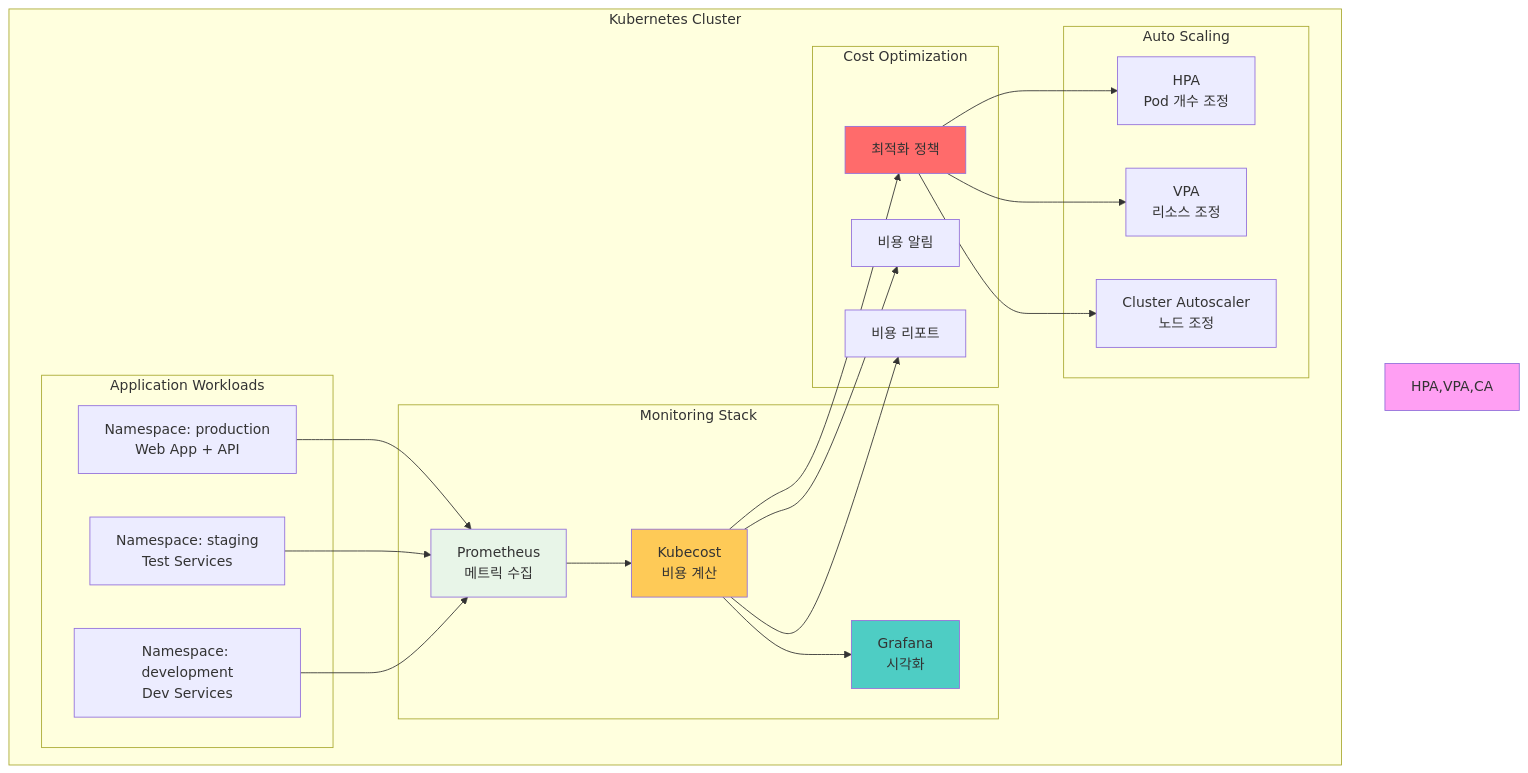
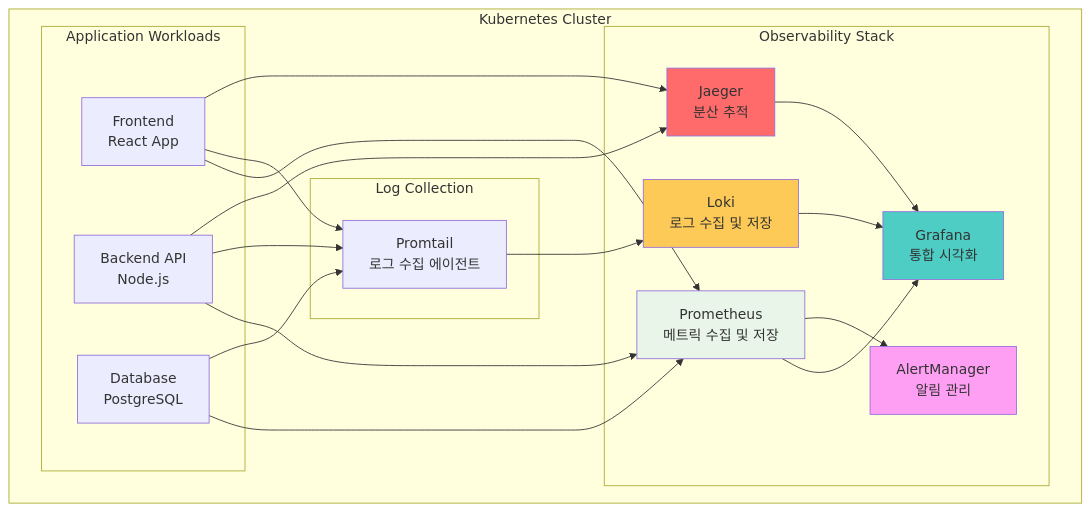
The first of 3 diagrams in theory/week_04/day5/lab_1.md (niceguy61/kdt_devops_lecture_2025), drawn with Mermaid before and after one commit. The commit also changed other lines of this file and 12 other files, not shown here.

````diff
--- a/theory/week_04/day5/lab_1.md
+++ b/theory/week_04/day5/lab_1.md
@@ -36,49 +36,46 @@
 ```mermaid
 graph TB
     subgraph "Kubernetes Cluster"
-        subgraph "Monitoring Stack"
-            P[Prometheus<br/>메트릭 수집]
-            K[Kubecost<br/>비용 계산]
-            G[Grafana<br/>시각화]
+        subgraph "Observability Stack"
+            P[Prometheus<br/>메트릭 수집 및 저장]
+            G[Grafana<br/>통합 시각화]
+            A[AlertManager<br/>알림 관리]
+            L[Loki<br/>로그 수집 및 저장]
+            J[Jaeger<br/>분산 추적]
         end
         
         subgraph "Application Workloads"
-            NS1[Namespace: production<br/>Web App + API]
-            NS2[Namespace: staging<br/>Test Services]
-            NS3[Namespace: development<br/>Dev Services]
+            APP1[Frontend<br/>React App]
+            APP2[Backend API<br/>Node.js]
+            APP3[Database<br/>PostgreSQL]
         end
         
-        subgraph "Auto Scaling"
-            HPA[HPA<br/>Pod 개수 조정]
-            VPA[VPA<br/>리소스 조정]
-            CA[Cluster Autoscaler<br/>노드 조정]
-        end
-        
-        subgraph "Cost Optimization"
-            OPT[최적화 정책]
-            ALERT[비용 알림]
-            REPORT[비용 리포트]
+        subgraph "Log Collection"
+            PL[Promtail<br/>로그 수집 에이전트]
         end
     end
     
-    NS1 --> P
-    NS2 --> P
-    NS3 --> P
+    APP1 --> P
+    APP2 --> P
+    APP3 --> P
     
-    P --> K
-    K --> G
+    APP1 --> PL
+    APP2 --> PL
+    APP3 --> PL
     
-    K --> OPT
-    OPT --> HPA
-    OPT --> VPA
-    OPT --> CA
+    PL --> L
     
-    K --> ALERT
-    K --> REPORT
+    APP1 --> J
+    APP2 --> J
+    
+    P --> G
+    L --> G
+    J --> G
+    P --> A
     
     style P fill:#e8f5e8
-    style K fill:#feca57
     style G fill:#4ecdc4
-    style HPA,VPA,CA fill:#ff9ff3
-    style OPT fill:#ff6b6b
+    style A fill:#ff9ff3
+    style L fill:#feca57
+    style J fill:#ff6b6b
 ```
````
